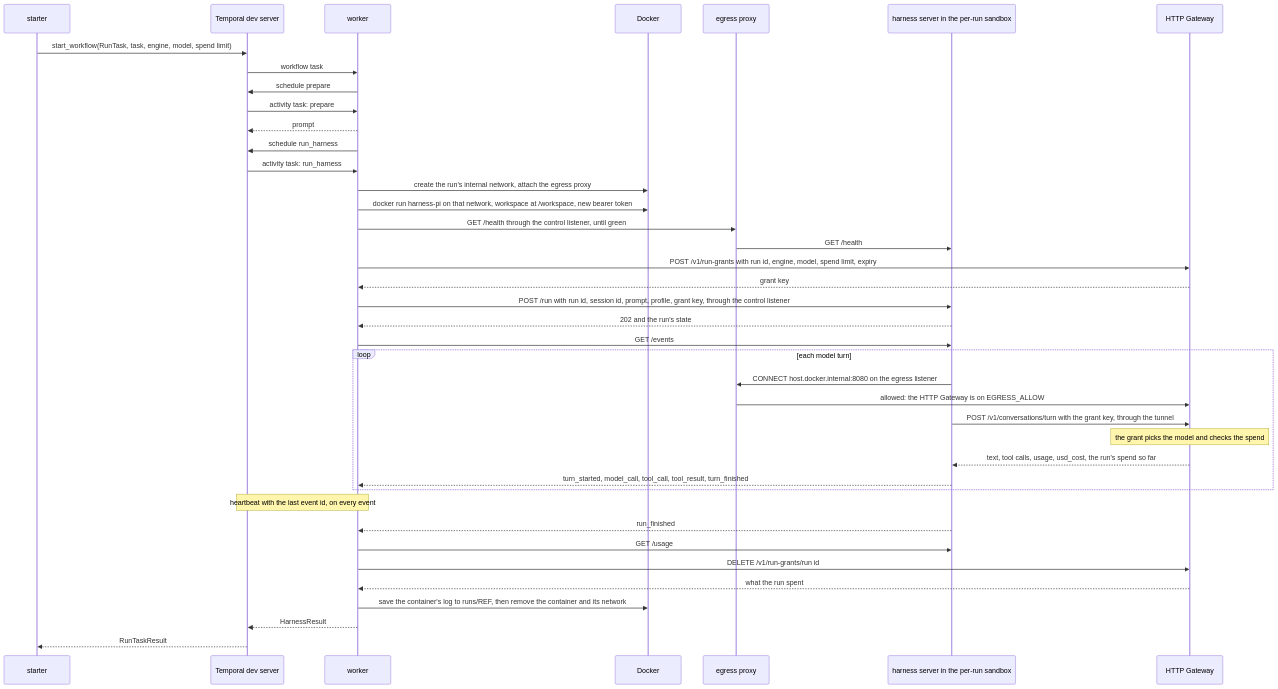
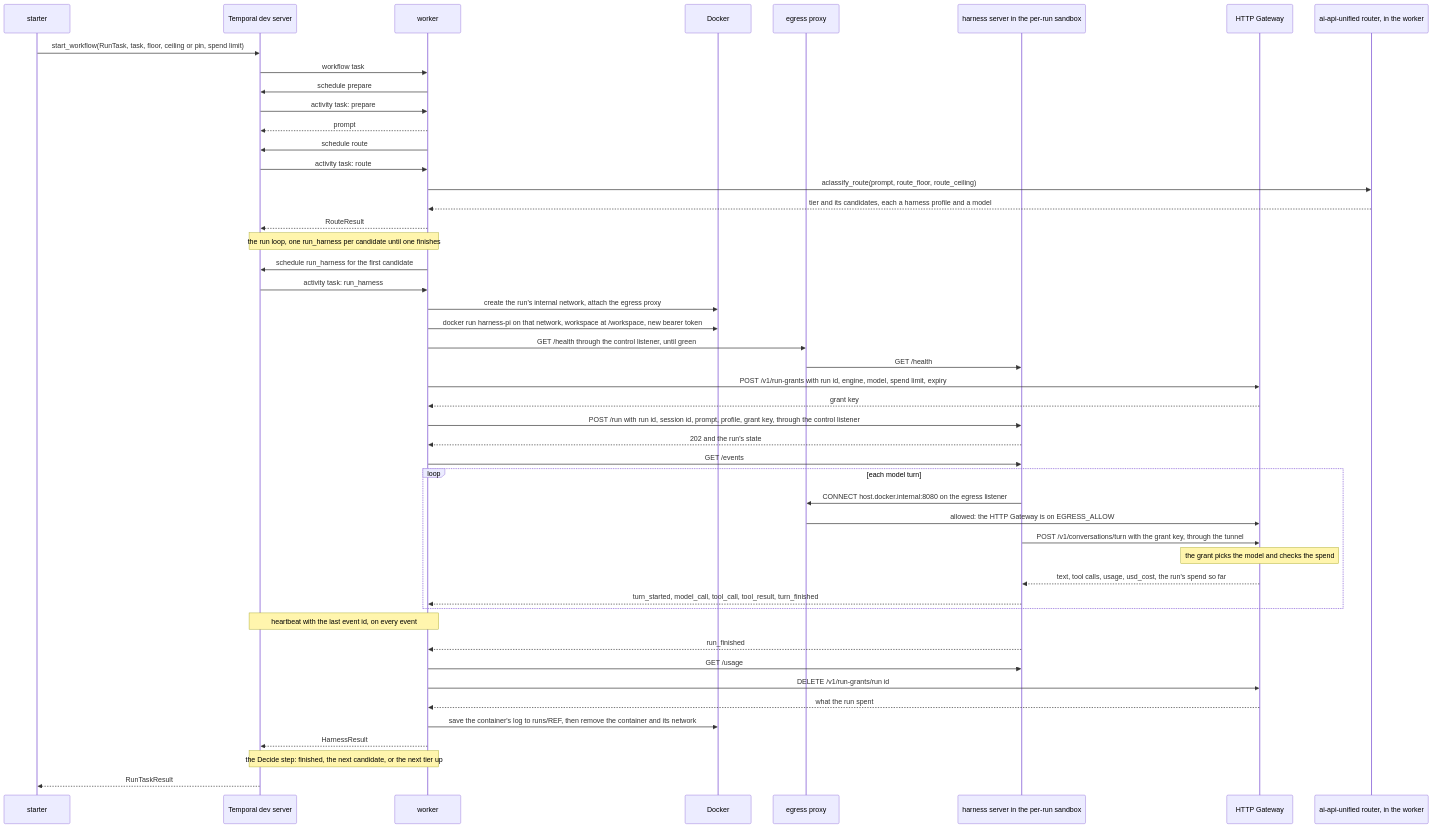
One commit to davecthomas/meta-harness changed the diagram in samples/temporal-run-task/README.md. Above: the diagram before and after it, drawn with Mermaid. The commit also changed other lines of this file and 18 other files, not shown here.

First line of the commit message:
feat/run-loop: the RunTask workflow tries the router's candidates, then escalates

````diff
--- a/samples/temporal-run-task/README.md
+++ b/samples/temporal-run-task/README.md
@@ -89,42 +123,50 @@
 ```mermaid
 sequenceDiagram
     participant S as starter
     participant T as Temporal dev server
     participant W as worker
     participant D as Docker
     participant E as egress proxy
     participant H as harness server in the per-run sandbox
     participant G as HTTP Gateway
-    S->>T: start_workflow(RunTask, task, engine, model, spend limit)
+    participant R as ai-api-unified router, in the worker
+    S->>T: start_workflow(RunTask, task, floor, ceiling or pin, spend limit)
     T->>W: workflow task
     W->>T: schedule prepare
     T->>W: activity task: prepare
     W-->>T: prompt
-    W->>T: schedule run_harness
+    W->>T: schedule route
+    T->>W: activity task: route
+    W->>R: aclassify_route(prompt, route_floor, route_ceiling)
+    R-->>W: tier and its candidates, each a harness profile and a model
+    W-->>T: RouteResult
+    Note over W,T: the run loop, one run_harness per candidate until one finishes
+    W->>T: schedule run_harness for the first candidate
     T->>W: activity task: run_harness
     W->>D: create the run's internal network, attach the egress proxy
     W->>D: docker run harness-pi on that network, workspace at /workspace, new bearer token
     W->>E: GET /health through the control listener, until green
     E->>H: GET /health
     W->>G: POST /v1/run-grants with run id, engine, model, spend limit, expiry
     G-->>W: grant key
     W->>H: POST /run with run id, session id, prompt, profile, grant key, through the control listener
     H-->>W: 202 and the run's state
     W->>H: GET /events
     loop each model turn
         H->>E: CONNECT host.docker.internal:8080 on the egress listener
         E->>G: allowed: the HTTP Gateway is on EGRESS_ALLOW
         H->>G: POST /v1/conversations/turn with the grant key, through the tunnel
         Note over G: the grant picks the model and checks the spend
         G-->>H: text, tool calls, usage, usd_cost, the run's spend so far
         H-->>W: turn_started, model_call, tool_call, tool_result, turn_finished
     end
     Note over W,T: heartbeat with the last event id, on every event
     H-->>W: run_finished
     W->>H: GET /usage
     W->>G: DELETE /v1/run-grants/run id
     G-->>W: what the run spent
     W->>D: save the container's log to runs/REF, then remove the container and its network
     W-->>T: HarnessResult
+    Note over W,T: the Decide step: finished, the next candidate, or the next tier up
     T-->>S: RunTaskResult
 ```
````
